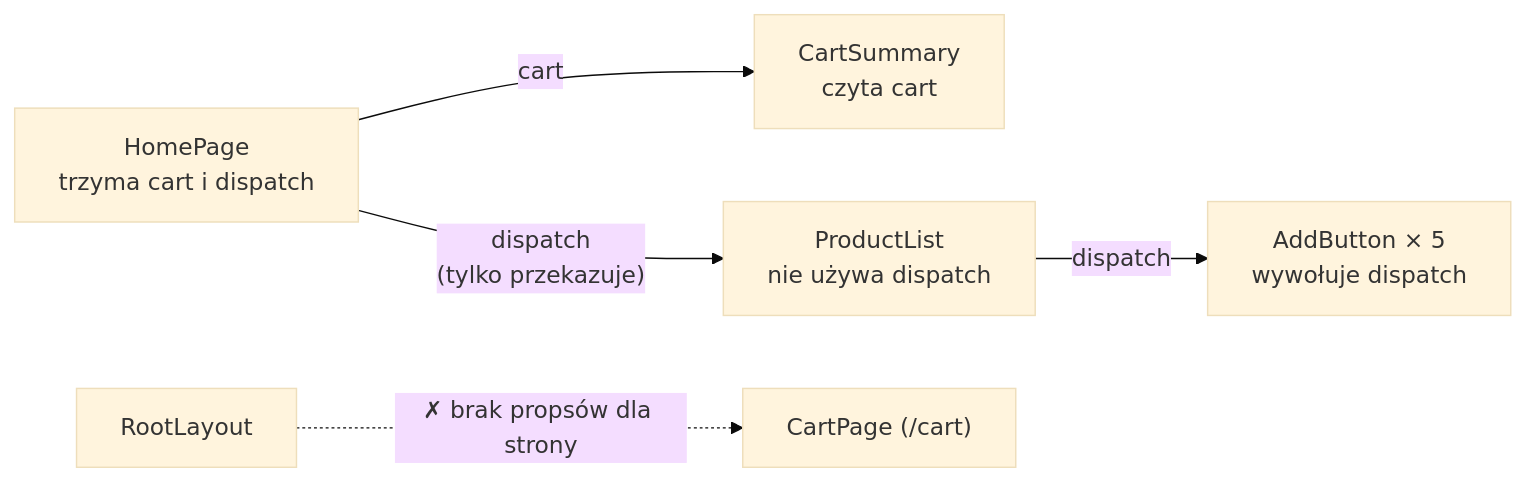
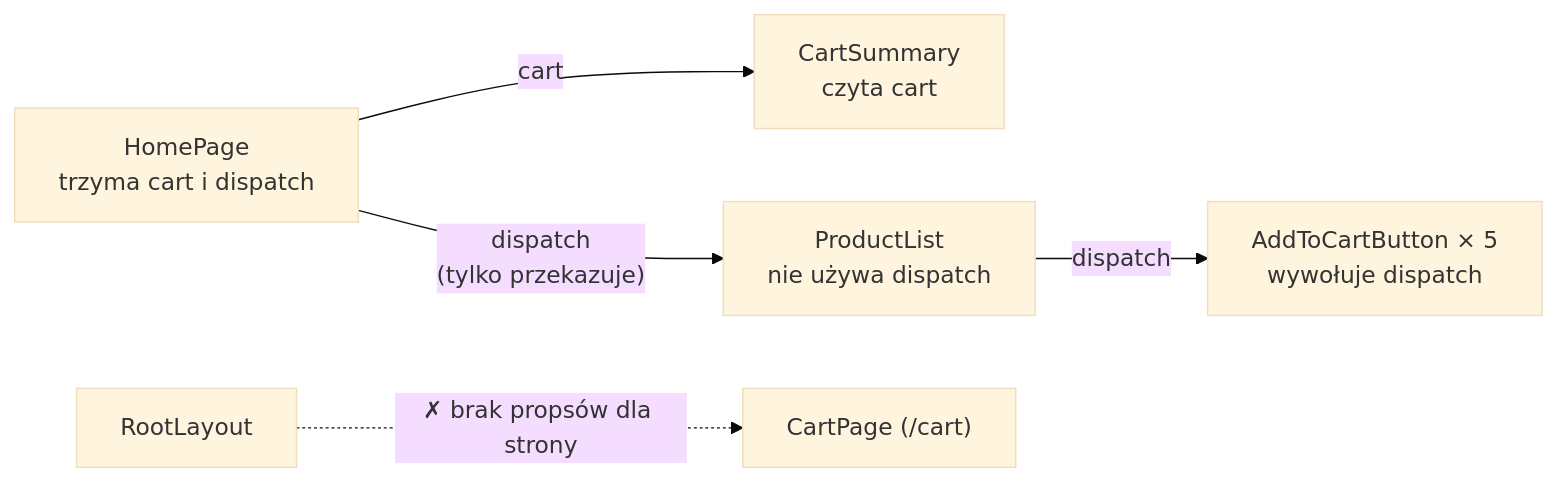
Before and after one commit to mmiotk/frontend-development-ug: the diagram in lecture04/slides/slide_04_prop-drilling.md, drawn with Mermaid (base theme). The commit also changed other lines of this file and 38 other files, not shown here.

````diff
--- a/lecture04/slides/slide_04_prop-drilling.md
+++ b/lecture04/slides/slide_04_prop-drilling.md
@@ -113,8 +113,8 @@
 ```mermaid
 %%{init: {"flowchart": {"wrappingWidth": 360}}}%%
 flowchart LR
     H["HomePage<br/>trzyma cart i dispatch"] -->|"cart"| S["CartSummary<br/>czyta cart"]
     H -->|"dispatch<br/>(tylko przekazuje)"| P["ProductList<br/>nie używa dispatch"]
-    P -->|"dispatch"| B["AddButton × 5<br/>wywołuje dispatch"]
+    P -->|"dispatch"| B["AddToCartButton × 5<br/>wywołuje dispatch"]
     L["RootLayout"] -. "✗ brak propsów dla strony" .-> C["CartPage (/cart)"]
 ```
````
